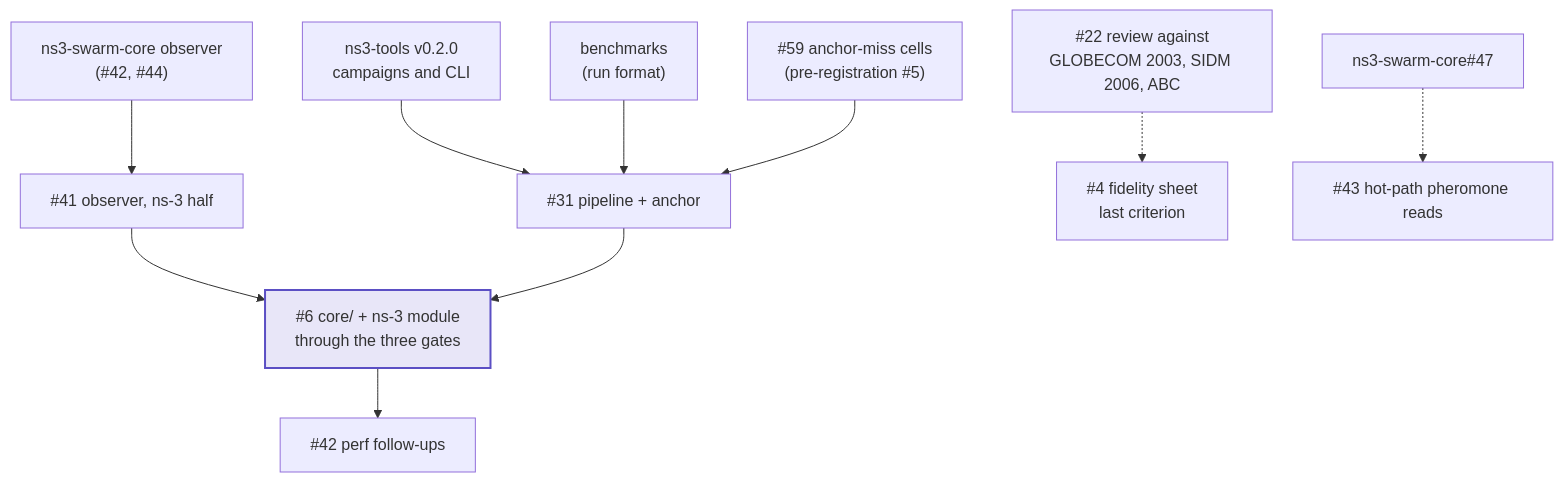
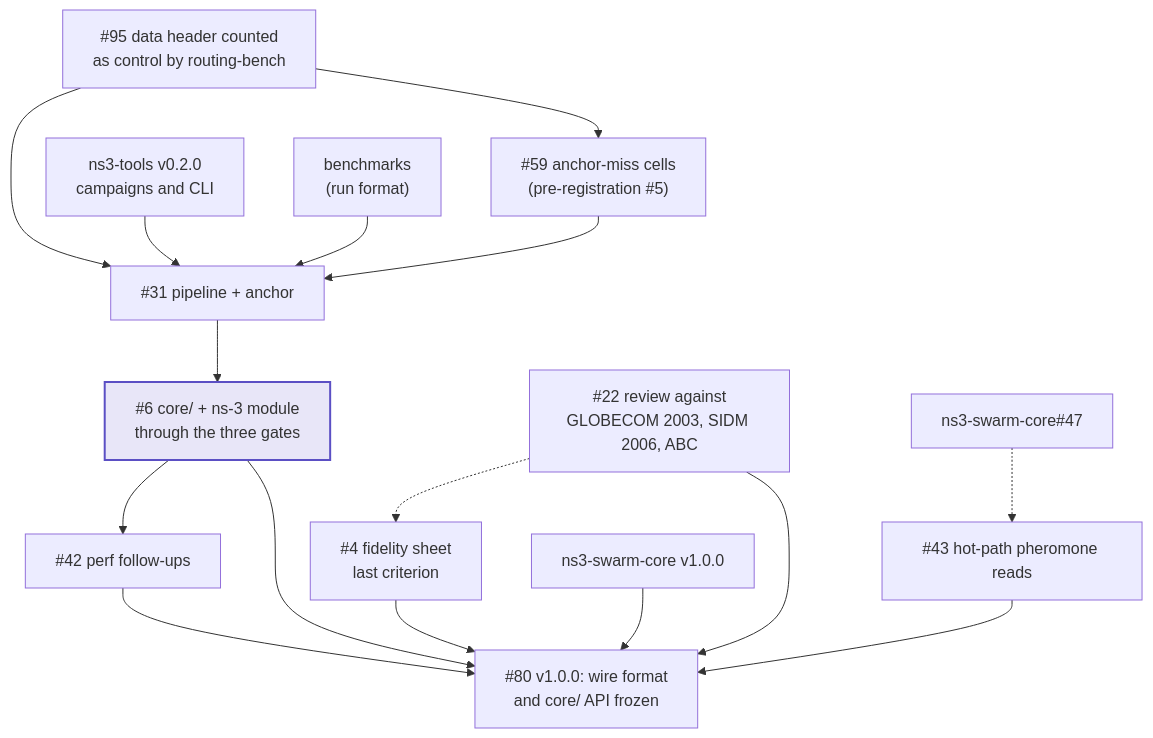
Before and after one commit to swarm-routing/Termite: the second of 2 diagrams in docs/roadmap.md, drawn with Mermaid. The commit also changed other lines of this file and 8 other files, not shown here.

First line of the commit message:
docs: bring context, roadmap, observer page and stale comments in line with main (#101)

````diff
--- a/docs/roadmap.md
+++ b/docs/roadmap.md
@@ -52,28 +52,35 @@
 ```mermaid
 flowchart TB
-    I41["#41 observer, ns-3 half"]
+    I95["#95 data header counted<br/>as control by routing-bench"]
     I59["#59 anchor-miss cells<br/>(pre-registration #5)"]
     I6["#6 core/ + ns-3 module<br/>through the three gates"]
     I31["#31 pipeline + anchor"]
     I4["#4 fidelity sheet<br/>last criterion"]
     I22["#22 review against<br/>GLOBECOM 2003, SIDM 2006, ABC"]
     I42["#42 perf follow-ups"]
     I43["#43 hot-path pheromone reads"]
+    I80["#80 v1.0.0: wire format<br/>and core/ API frozen"]
 
     SC47["ns3-swarm-core#47"]
     NT["ns3-tools v0.2.0<br/>campaigns and CLI"]
-    SCO["ns3-swarm-core observer<br/>(#42, #44)"]
+    SC10["ns3-swarm-core v1.0.0"]
     BM["benchmarks<br/>(run format)"]
 
-    SCO --> I41
+    I95 --> I31
+    I95 --> I59
     NT --> I31
     BM --> I31
     I59 --> I31
-    I41 --> I6
     I31 --> I6
     I6 --> I42
     SC47 -.-> I43
     I22 -.-> I4
+    I6 --> I80
+    I4 --> I80
+    I22 --> I80
+    I42 --> I80
+    I43 --> I80
+    SC10 --> I80
 
     style I6 fill:#e8e6f8,stroke:#5b4fc4,stroke-width:2px
 ```
````
